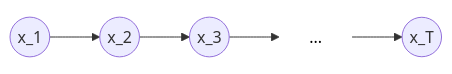
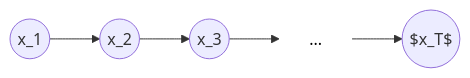
The second of 16 diagrams in 001.Attention.md (rioultf/llmapp), drawn with Mermaid before and after one commit.

Commit message:
docs: corriger format mathématique de x_T

````diff
--- a/001.Attention.md
+++ b/001.Attention.md
@@ -46,8 +46,8 @@
 ```mermaid
 flowchart LR
     x1((x_1)) --> x2((x_2))
     x2 --> x3((x_3))
     x3 --> dots["..."]
-    dots --> xT((x_T))
+    dots --> xT(($x_T$))
     style dots fill:transparent,stroke:none,color:#000000
 ```
````
